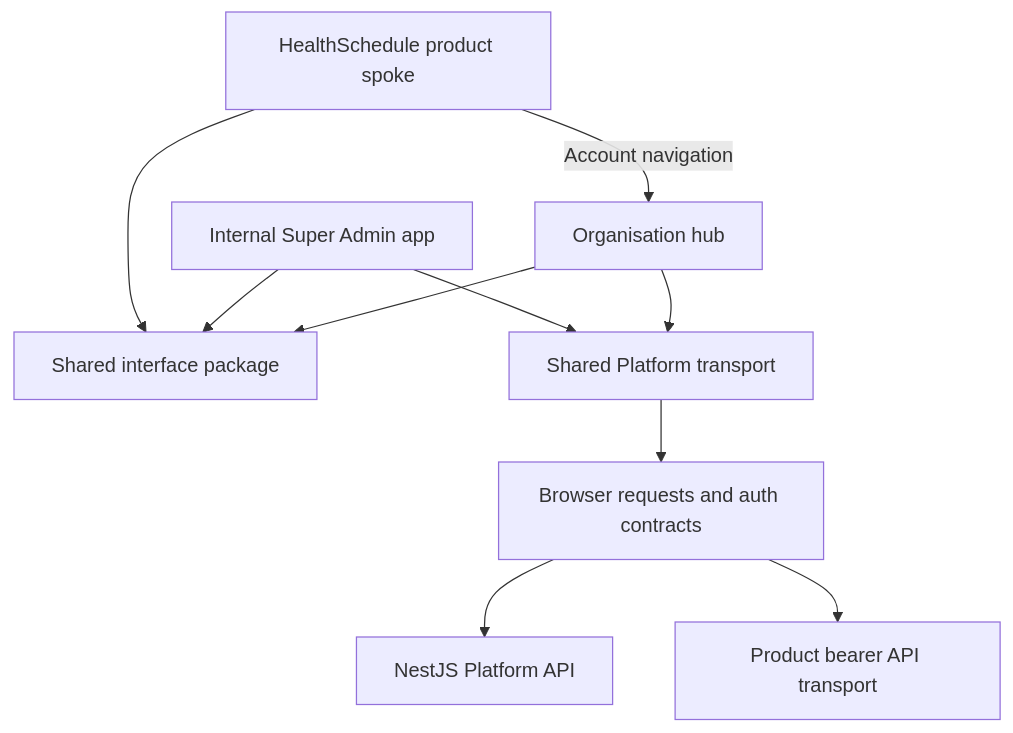
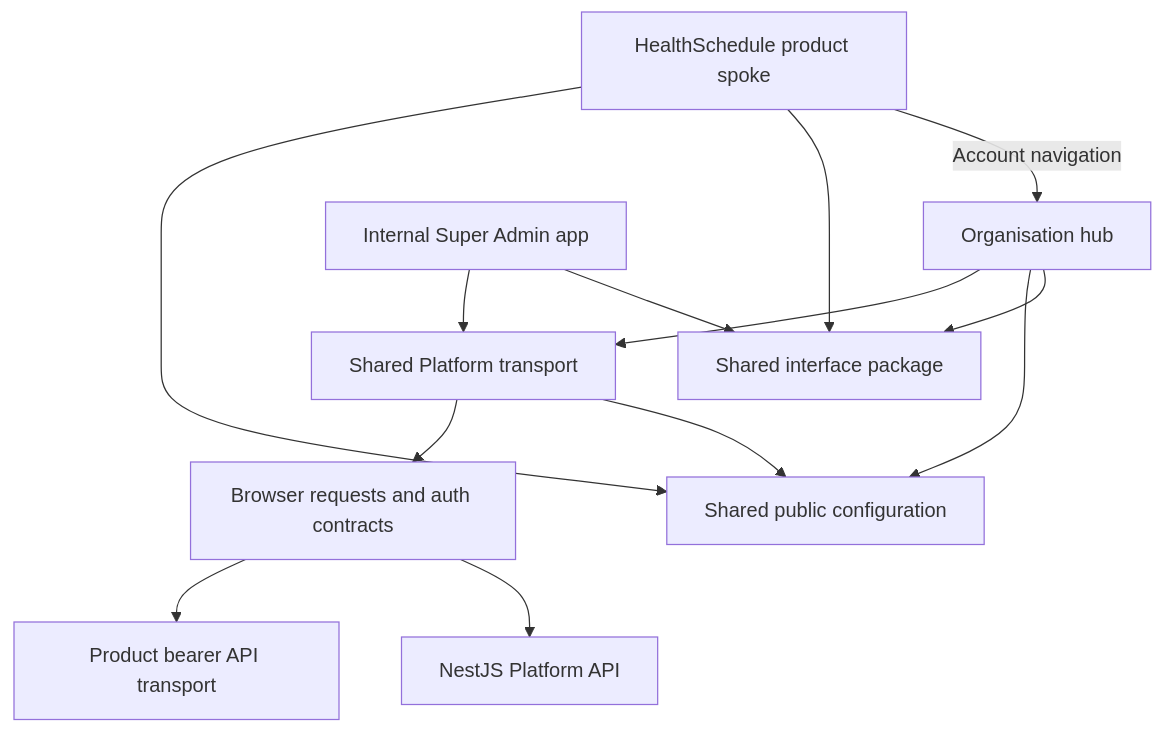
One commit to Healthalyst-Africa/healthalyst-frontend changed the diagram in docs/code-organization.md. Above: the diagram before and after it, drawn with Mermaid. The commit also changed other lines of this file and 46 other files, not shown here.

Commit message:
feat(frontend): align app themes and shared configuration

````diff
--- a/docs/code-organization.md
+++ b/docs/code-organization.md
@@ -11,12 +11,15 @@
 ```mermaid
 flowchart TD
   HealthSchedule[HealthSchedule product spoke] -->|Account navigation| Organization[Organisation hub]
   Organization --> Interface[Shared interface package]
   SuperAdmin[Internal Super Admin app] --> Interface
   HealthSchedule --> Interface
+  Organization --> Config[Shared public configuration]
+  HealthSchedule --> Config
   Organization --> Platform[Shared Platform transport]
   SuperAdmin --> Platform
+  Platform --> Config
   Platform --> Browser[Browser requests and auth contracts]
   Browser --> Nest[NestJS Platform API]
   Browser --> Product[Product bearer API transport]
 ```
````
